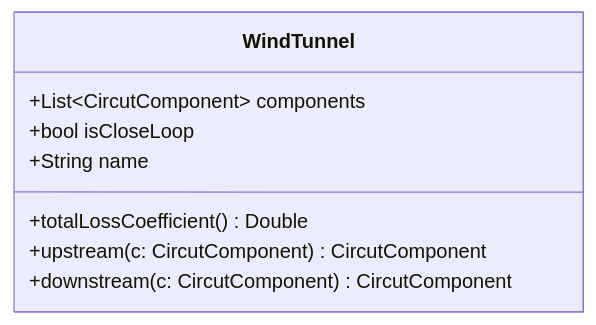
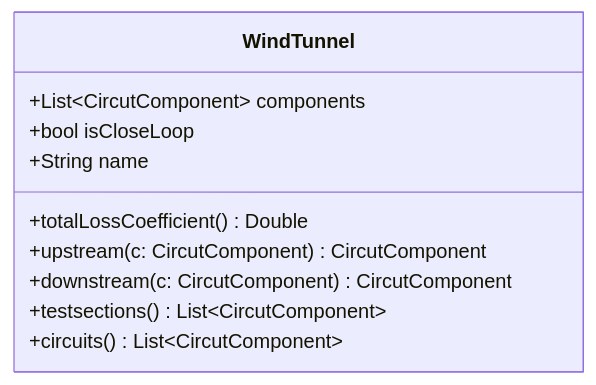
One commit to qchen-fdii-cardc/wtd-dsl changed the fourth of 8 diagrams in Readme.md. Above: the diagram before and after it, drawn with Mermaid. The commit also changed other lines of this file, not shown here.

````diff
--- a/Readme.md
+++ b/Readme.md
@@ -231,12 +231,14 @@
 ```mermaid
 classDiagram
 
 class WindTunnel {
     +List~CircutComponent~ components
     +bool isCloseLoop
     +String name
     +totalLossCoefficient() Double
     +upstream(c: CircutComponent) CircutComponent
     +downstream(c: CircutComponent) CircutComponent   
+    +testsections() List~CircutComponent~
+    +circuits() List~CircutComponent~
 }
 ```
````
